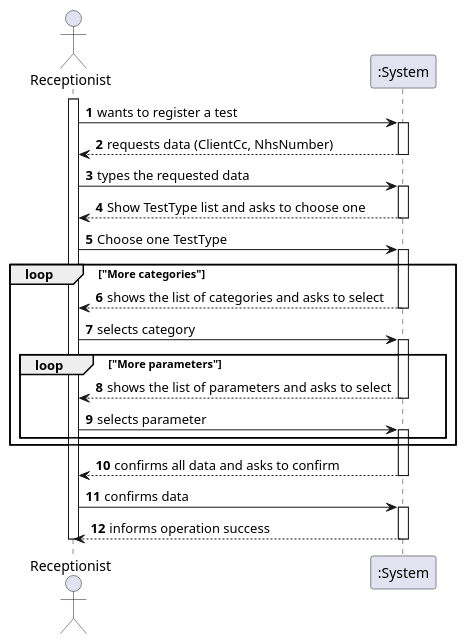
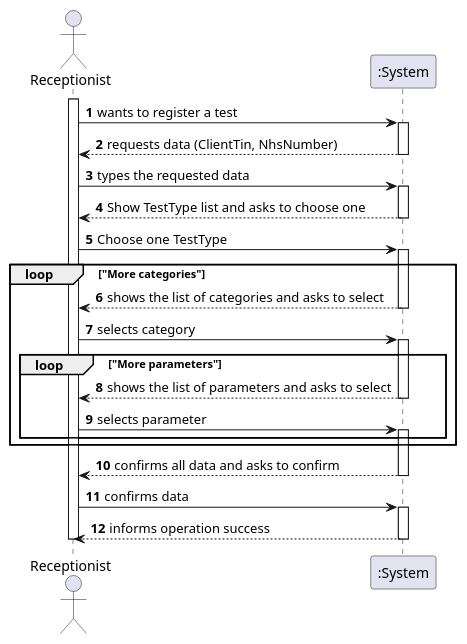
The diagram in docs/SprintC/US04/US4_SSD.puml (MarianaCLages/LAPR2), drawn with PlantUML before and after one commit. The commit also changed 19 other files, not shown here.

```diff
--- a/docs/SprintC/US04/US4_SSD.puml
+++ b/docs/SprintC/US04/US4_SSD.puml
@@ -1,37 +1,37 @@
 @startuml
 autonumber
 
 actor Receptionist as R
 participant ":System" as S
 
 activate R
 R -> S: wants to register a test
 activate S
-S --> R: requests data (ClientCc, NhsNumber)
+S --> R: requests data (ClientTin, NhsNumber)
 deactivate S
 R -> S: types the requested data
 activate S
 S --> R: Show TestType list and asks to choose one
 deactivate S
 R -> S: Choose one TestType
 activate S
 loop "More categories"
 S --> R: shows the list of categories and asks to select
 deactivate S
 R -> S: selects category
 activate S
 loop "More parameters"
 S --> R: shows the list of parameters and asks to select
 deactivate S
 R -> S: selects parameter
 activate S
 end
 end
 S --> R: confirms all data and asks to confirm
 deactivate S
 R -> S: confirms data
 activate S
 S --> R: informs operation success
 deactivate S
 deactivate R
 @enduml
```
